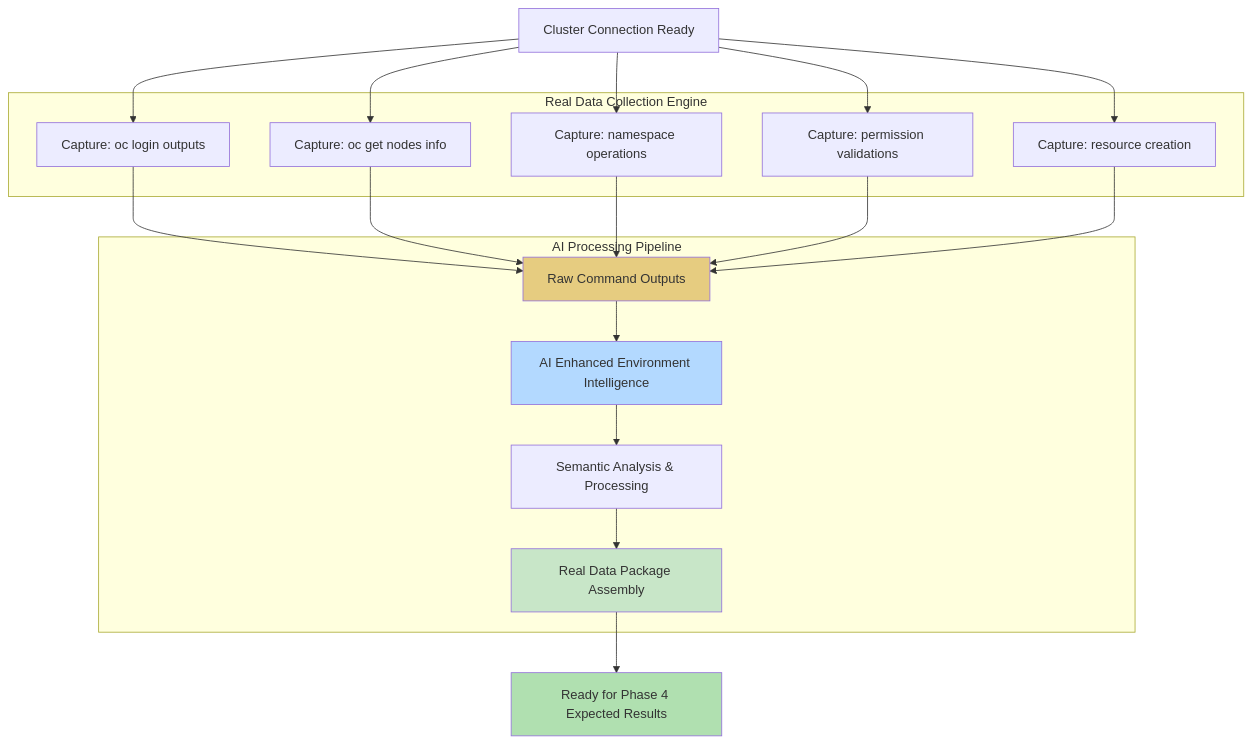
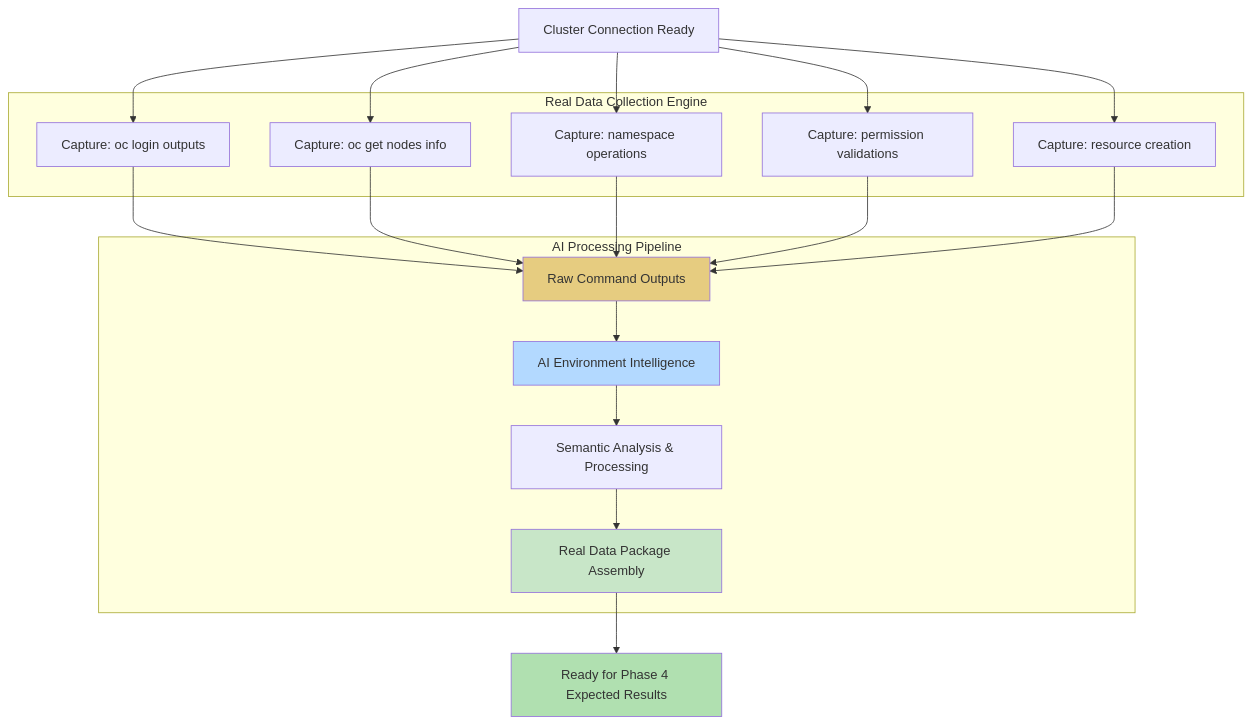
The ninth of 26 diagrams in apps/claude-test-generator/docs/framework-workflow-details.md (stolostron/ai-test-gen), drawn with Mermaid before and after one commit. The commit also changed other lines of this file and 64 other files, not shown here.

````diff
--- a/apps/claude-test-generator/docs/framework-workflow-details.md
+++ b/apps/claude-test-generator/docs/framework-workflow-details.md
@@ -437,43 +568,43 @@
 ```mermaid
 flowchart TD
     CLUSTER[Cluster Connection Ready]
     
     subgraph "Real Data Collection Engine"
         LOGIN[Capture: oc login outputs]
         INFO[Capture: oc get nodes info]
         NAMESPACE[Capture: namespace operations]
         PERMISSIONS[Capture: permission validations]
         RESOURCES[Capture: resource creation]
     end
     
     subgraph "AI Processing Pipeline"
         RAW[Raw Command Outputs]
-        AI_PROCESS[AI Enhanced Environment Intelligence]
+        AI_PROCESS[AI Environment Intelligence]
         SEMANTIC[Semantic Analysis & Processing]
         PACKAGE[Real Data Package Assembly]
     end
     
     READY[Ready for Phase 4 Expected Results]
     
     CLUSTER --> LOGIN
     CLUSTER --> INFO
     CLUSTER --> NAMESPACE
     CLUSTER --> PERMISSIONS
     CLUSTER --> RESOURCES
     
     LOGIN --> RAW
     INFO --> RAW
     NAMESPACE --> RAW
     PERMISSIONS --> RAW
     RESOURCES --> RAW
     
     RAW --> AI_PROCESS
     AI_PROCESS --> SEMANTIC
     SEMANTIC --> PACKAGE
     PACKAGE --> READY
     
     style RAW fill:#e6cc80
     style AI_PROCESS fill:#b3d9ff
     style PACKAGE fill:#c8e6c8
     style READY fill:#b0e0b0
 ```
````
